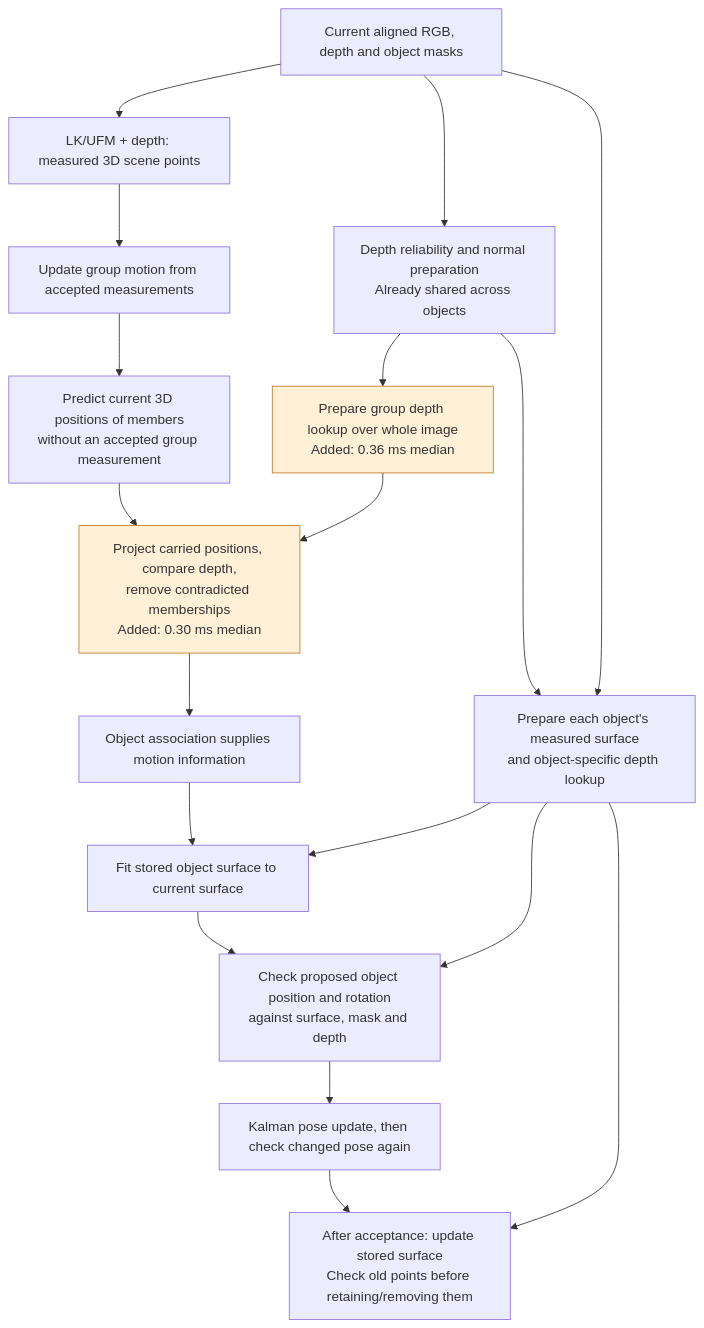
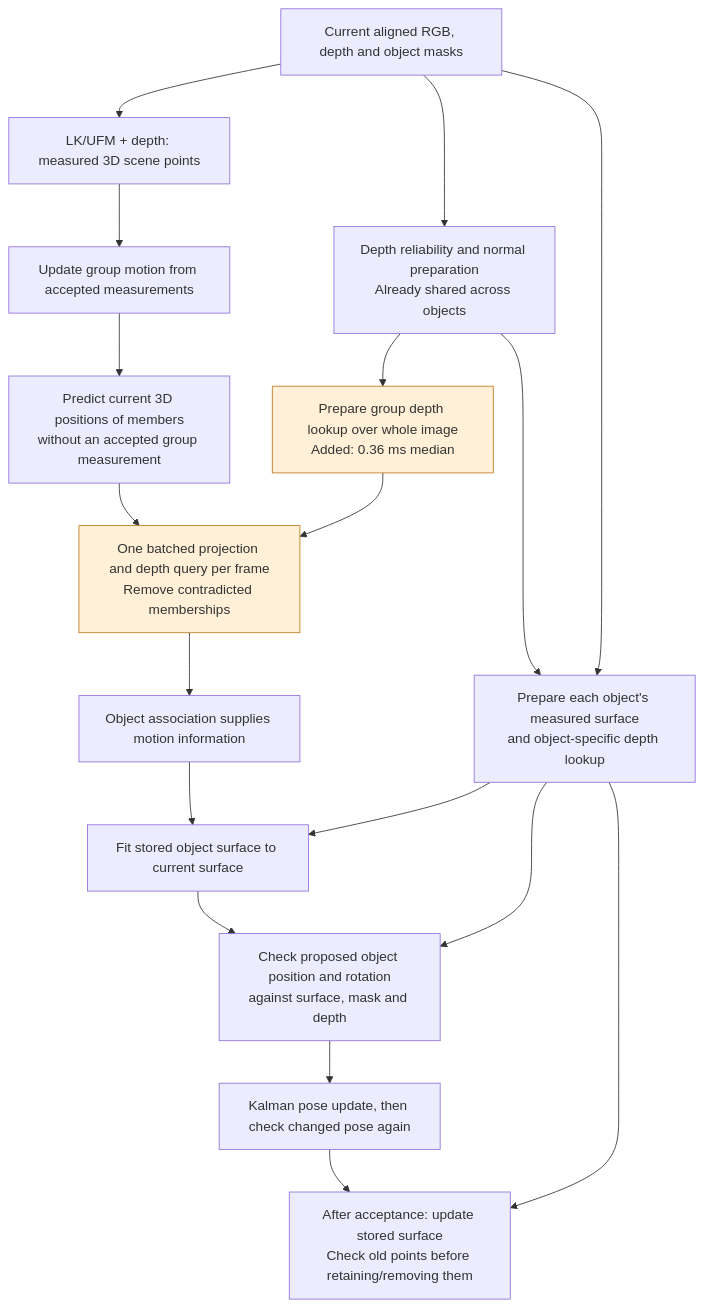
One commit to TheWisp/lerobot changed the diagram in docs/proofs/flash-recovery-20261119/depth-compute-path.md. Above: the diagram before and after it, drawn with Mermaid. The commit also changed other lines of this file and 5 other files, not shown here.

First line of the commit message:
Batch carried group points into one depth query per frame

````diff
--- a/docs/proofs/flash-recovery-20261119/depth-compute-path.md
+++ b/docs/proofs/flash-recovery-20261119/depth-compute-path.md
@@ -15,23 +17,23 @@
 ```mermaid
 flowchart TD
     A["Current aligned RGB, depth and object masks"]
     A --> B["LK/UFM + depth: measured 3D scene points"]
     A --> C["Depth reliability and normal preparation<br/>Already shared across objects"]
     B --> D["Update group motion from accepted measurements"]
     D --> E["Predict current 3D positions of members<br/>without an accepted group measurement"]
     C --> F["Prepare group depth lookup over whole image<br/>Added: 0.36 ms median"]
-    E --> G["Project carried positions, compare depth,<br/>remove contradicted memberships<br/>Added: 0.30 ms median"]
+    E --> G["One batched projection and depth query per frame<br/>Remove contradicted memberships"]
     F --> G
     G --> H["Object association supplies motion information"]
     A --> I["Prepare each object's measured surface<br/>and object-specific depth lookup"]
     C --> I
     H --> J["Fit stored object surface to current surface"]
     I --> J
     J --> K["Check proposed object position and rotation<br/>against surface, mask and depth"]
     I --> K
     K --> L["Kalman pose update, then check changed pose again"]
     L --> M["After acceptance: update stored surface<br/>Check old points before retaining/removing them"]
     I --> M
     style F fill:#fff0d7,stroke:#bd7c22
     style G fill:#fff0d7,stroke:#bd7c22
 ```
````
